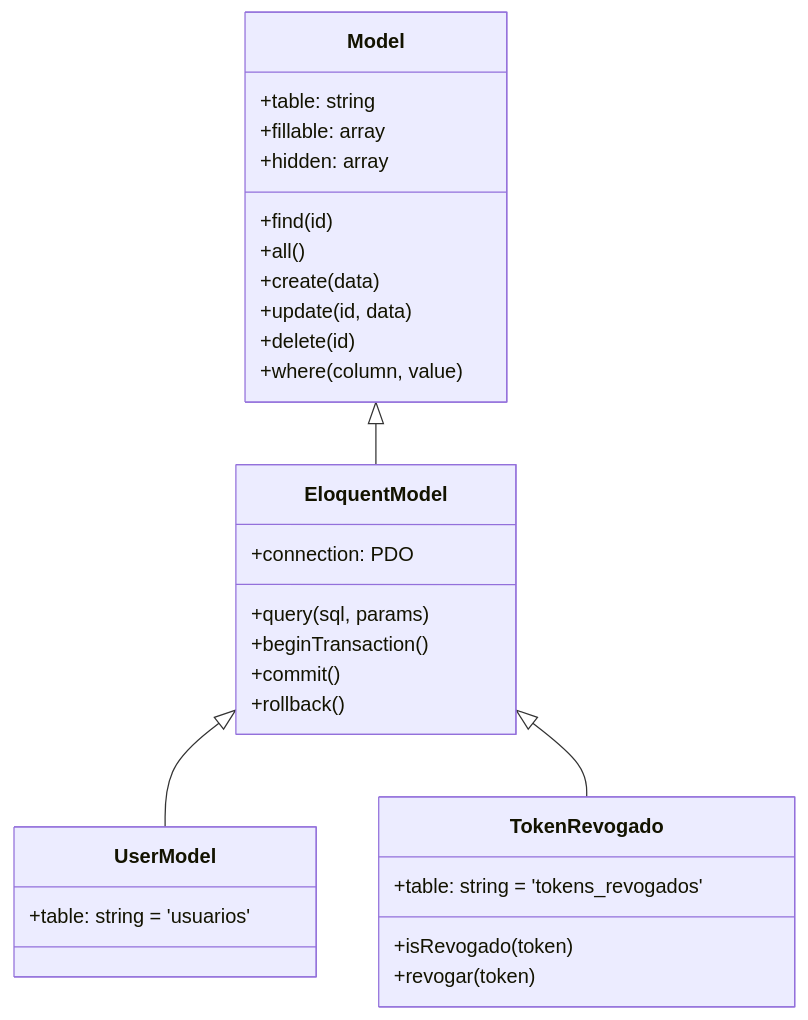
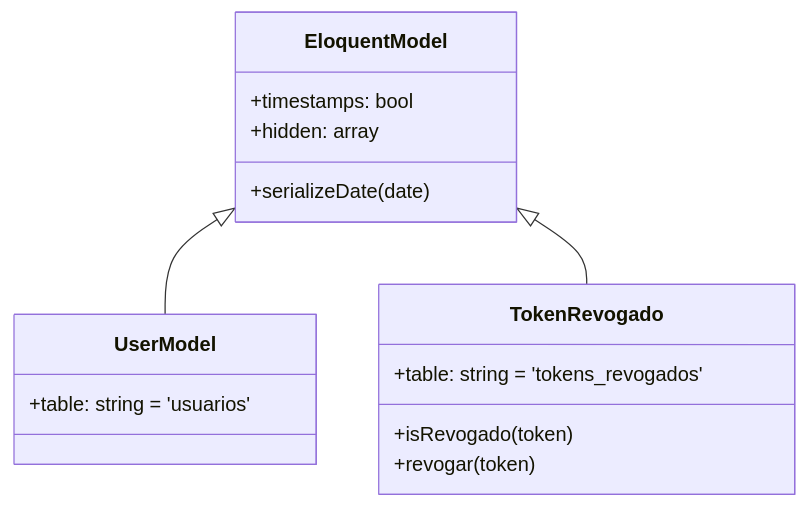
Before and after one commit to arthur-oliveira-oficial/parrot-php: the fourth of 7 diagrams in docs/diagrama.md, drawn with Mermaid. The commit also changed other lines of this file and 3 other files, not shown here.

Commit message:
Refresh docs and remove deprecated PDO model base

````diff
--- a/docs/diagrama.md
+++ b/docs/diagrama.md
@@ -192,36 +192,21 @@
 ```mermaid
 classDiagram
-    class Model {
-        +table: string
-        +fillable: array
+    class EloquentModel {
+        +timestamps: bool
         +hidden: array
-        +find(id)
-        +all()
-        +create(data)
-        +update(id, data)
-        +delete(id)
-        +where(column, value)
-    }
-
-    class EloquentModel {
-        +connection: PDO
-        +query(sql, params)
-        +beginTransaction()
-        +commit()
-        +rollback()
+        +serializeDate(date)
     }
 
     class UserModel {
         +table: string = 'usuarios'
     }
 
     class TokenRevogado {
         +table: string = 'tokens_revogados'
         +isRevogado(token)
         +revogar(token)
     }
 
-    Model <|-- EloquentModel
     EloquentModel <|-- UserModel
     EloquentModel <|-- TokenRevogado
 ```
````
